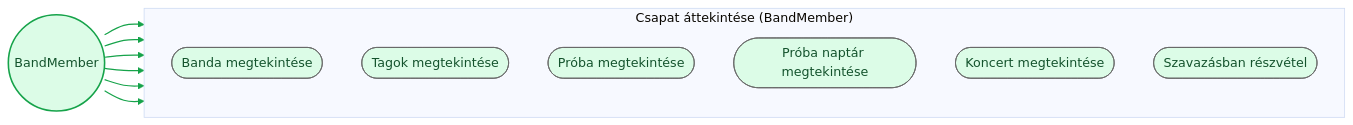
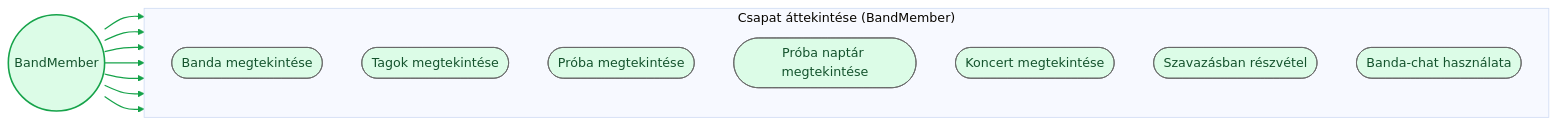
One commit to Kiyo200/BegBand changed the fourth of 5 diagrams in diagrams/mermaid/UseCase.md. Above: the diagram before and after it, drawn with Mermaid (base theme). The commit also changed other lines of this file and 12 other files, not shown here.

````diff
--- a/diagrams/mermaid/UseCase.md
+++ b/diagrams/mermaid/UseCase.md
@@ -170,28 +184,30 @@
 ```mermaid
 flowchart LR
     BandMember(("BandMember"))
 
     subgraph PKG_Member["Csapat áttekintése (BandMember)"]
         direction TB
         M1(["Banda megtekintése"])
         M2(["Tagok megtekintése"])
         M3(["Próba megtekintése"])
         M4(["Próba naptár megtekintése"])
         M5(["Koncert megtekintése"])
         M6(["Szavazásban részvétel"])
+        M7(["Banda-chat használata"])
     end
 
     BandMember --> M1
     BandMember --> M2
     BandMember --> M3
     BandMember --> M4
     BandMember --> M5
     BandMember --> M6
+    BandMember --> M7
 
     classDef memberUC fill:#DCFCE7,stroke:#666666,color:#14532d
     classDef memberActor fill:#DCFCE7,stroke:#16A34A,stroke-width:2px,color:#14532d
 
-    class M1,M2,M3,M4,M5,M6 memberUC
+    class M1,M2,M3,M4,M5,M6,M7 memberUC
     class BandMember memberActor
-    linkStyle 0,1,2,3,4,5 stroke:#16A34A,stroke-width:1.5px
+    linkStyle 0,1,2,3,4,5,6 stroke:#16A34A,stroke-width:1.5px
 ```
````
